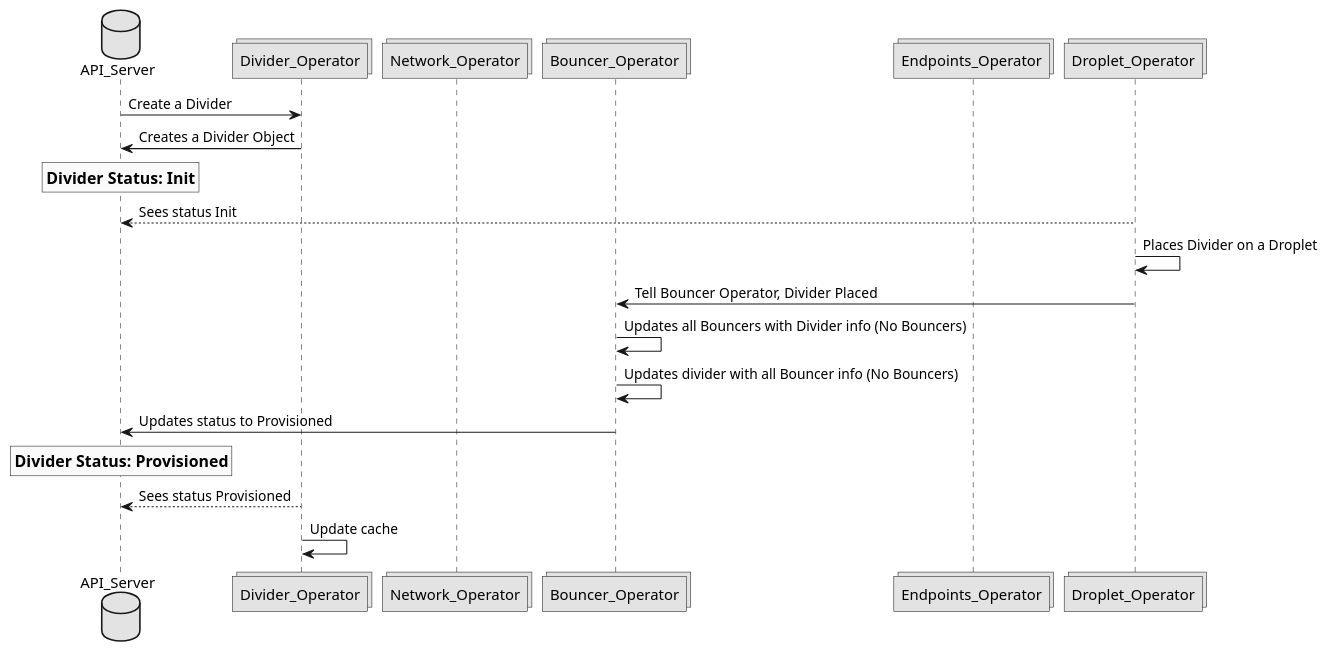
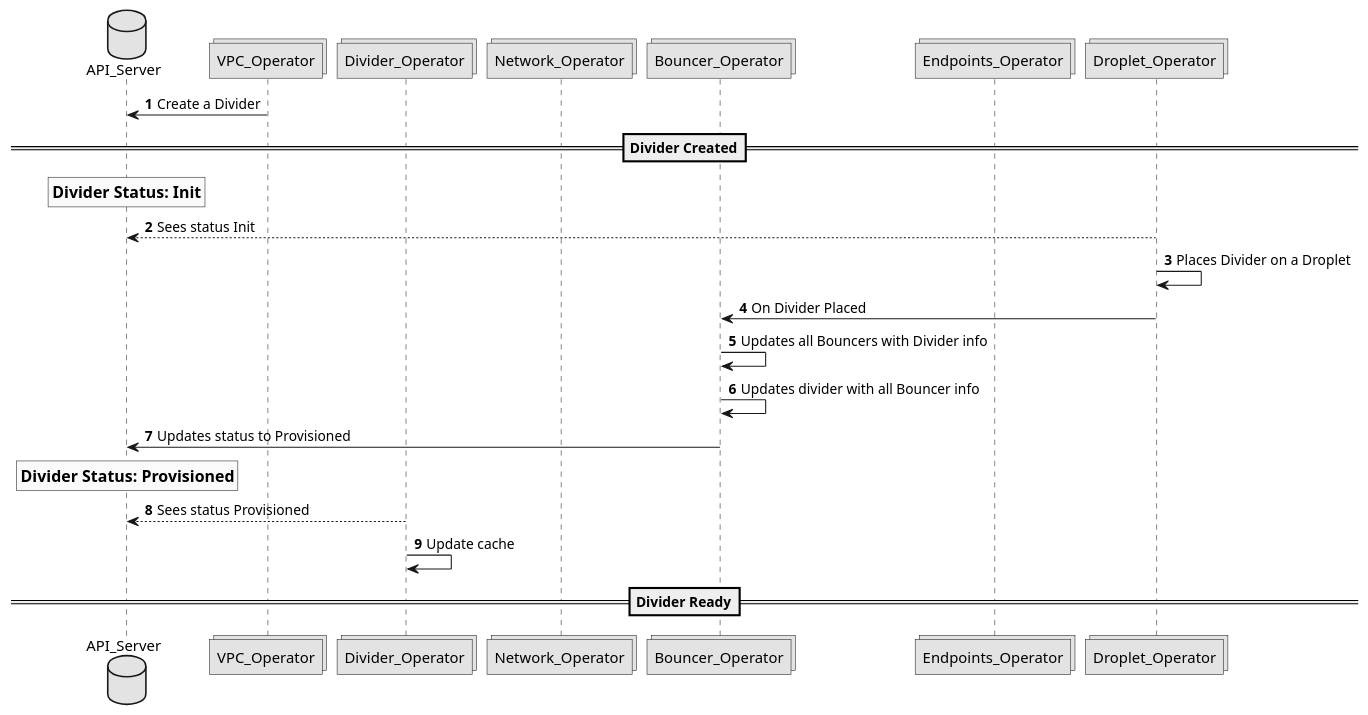
Before and after one commit to CentaurusInfra/mizar: the diagram in Documentation/design/figures/create_divider_workflow.puml, drawn with PlantUML. The commit also changed 6 other files, not shown here.

```diff
--- a/Documentation/design/figures/create_divider_workflow.puml
+++ b/Documentation/design/figures/create_divider_workflow.puml
@@ -1,27 +1,29 @@
 @startuml
 
 skinparam monochrome true
+autonumber
 
 database API_Server
+collections VPC_Operator
 collections Divider_Operator
 collections Network_Operator
 collections Bouncer_Operator
 collections Endpoints_Operator
 collections Droplet_Operator
 
-API_Server -> Divider_Operator: Create a Divider
-Divider_Operator -> API_Server: Creates a Divider Object
+VPC_Operator -> API_Server: Create a Divider
+==Divider Created==
 rnote over API_Server: ==Divider Status: Init
 
 Droplet_Operator --> API_Server: Sees status Init
 Droplet_Operator -> Droplet_Operator: Places Divider on a Droplet
-Droplet_Operator -> Bouncer_Operator: Tell Bouncer Operator, Divider Placed
+Droplet_Operator -> Bouncer_Operator: On Divider Placed
 
-Bouncer_Operator -> Bouncer_Operator: Updates all Bouncers with Divider info (No Bouncers)
-Bouncer_Operator -> Bouncer_Operator: Updates divider with all Bouncer info (No Bouncers)
+Bouncer_Operator -> Bouncer_Operator: Updates all Bouncers with Divider info
+Bouncer_Operator -> Bouncer_Operator: Updates divider with all Bouncer info
 Bouncer_Operator -> API_Server: Updates status to Provisioned
 rnote over API_Server: ==Divider Status: Provisioned
 Divider_Operator --> API_Server: Sees status Provisioned
 Divider_Operator -> Divider_Operator: Update cache
-
+==Divider Ready==
 @enduml
```
